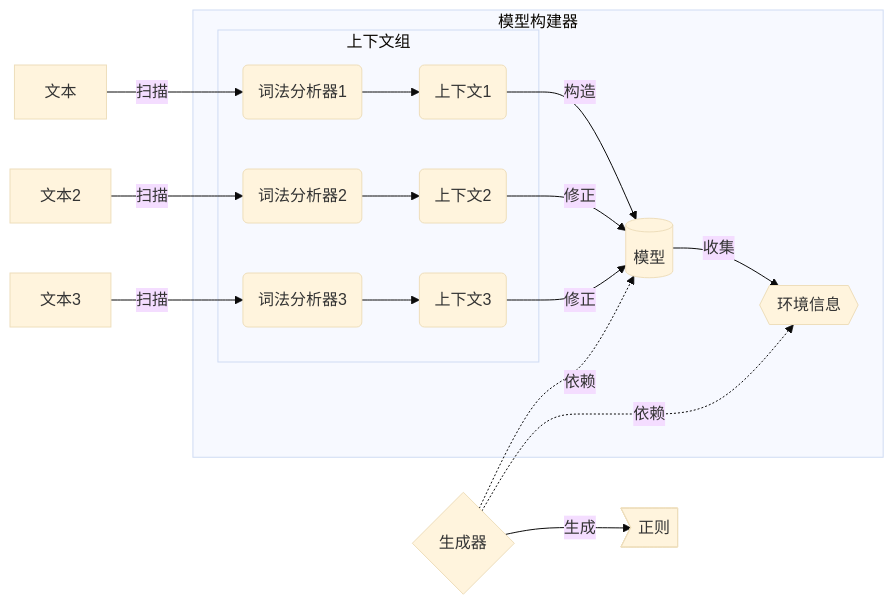
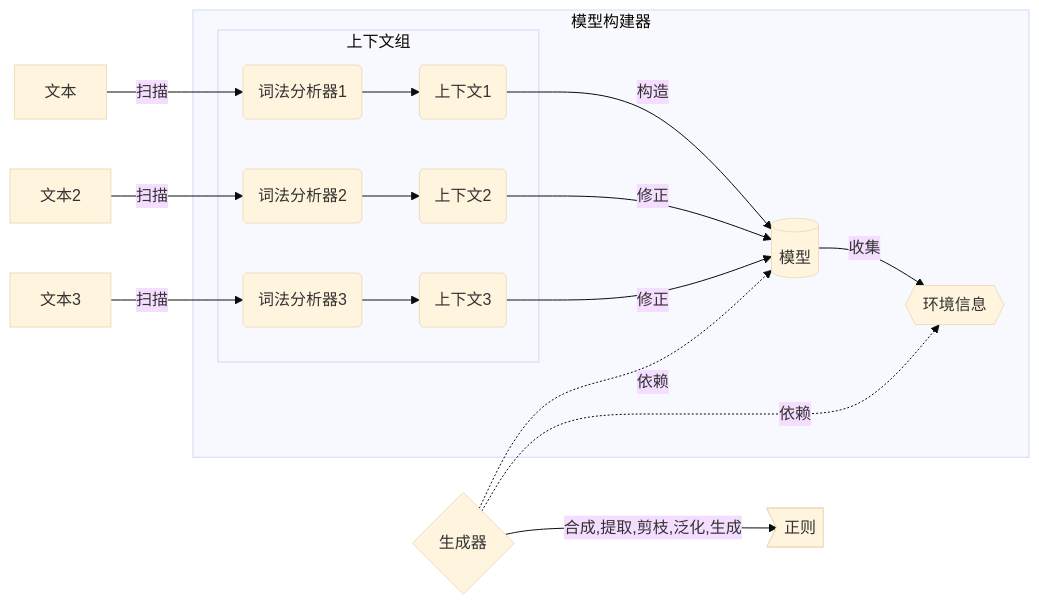
One commit to PheonixHkbxoic/regex-generator changed the diagram in README.md. Above: the diagram before and after it, drawn with Mermaid (base theme). The commit also changed other lines of this file, not shown here.

````diff
--- a/README.md
+++ b/README.md
@@ -12,27 +13,27 @@
 ```mermaid
 graph LR
     T1[文本]--扫描-->L1(词法分析器1)
     T2[文本2]--扫描-->L2(词法分析器2)
     T3[文本3]--扫描-->L3(词法分析器3)
 
 
     subgraph 模型构建器
         subgraph 上下文组
         L1-->C1(上下文1)
         L2-->C2(上下文2)
         L3-->C3(上下文3)
         end
 
         model[(模型)]    
         C1--构造-->model
         C2--修正-->model
         C3--修正-->model
 
         model--收集-->profile{{环境信息}}
 
     end
 
     G{生成器}-.依赖.->model
     G-.依赖.->profile
-    G--生成-->regex>正则]
+    G--合成,提取,剪枝,泛化,生成-->regex>正则]
 ```
````
